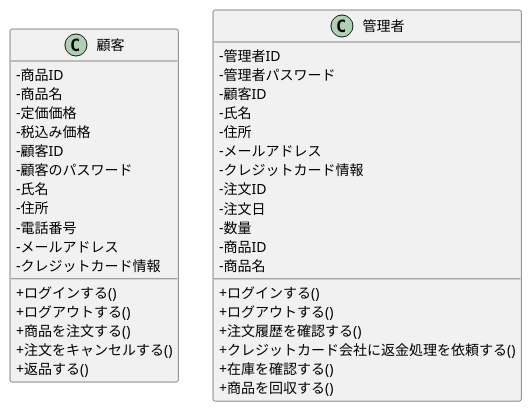
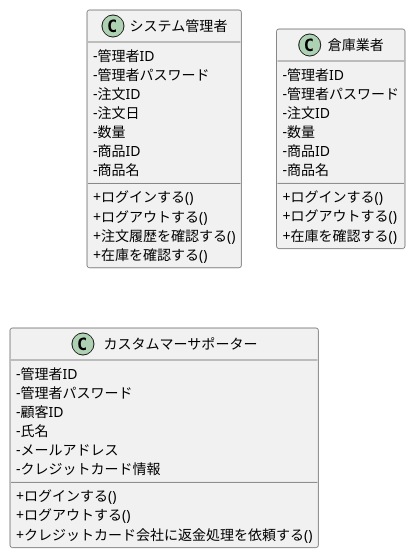
Before and after one commit to ko246/ohara_uml: the diagram in group/3-3_総合演習1_BBショップ注文管理システム/クラス図/class.pu, drawn with PlantUML. The commit also changed 1 other file, not shown here.

Commit message:
クラス図少し

```diff
--- a/group/3-3_総合演習1_BBショップ注文管理システム/クラス図/class.pu
+++ b/group/3-3_総合演習1_BBショップ注文管理システム/クラス図/class.pu
@@ -1,51 +1,53 @@
 @startuml BBショップシステム_クラス図
 
 skinparam classAttributeIconSize 0
-class 顧客 {
-    '属性
-    -商品ID
-    -商品名
-    -定価価格
-    -税込み価格
-    -顧客ID
-    -顧客のパスワード
-    -氏名
-    -住所
-    -電話番号
-    -メールアドレス
-    -クレジットカード情報
-
-    '操作
-    +ログインする()
-    +ログアウトする()
-    +商品を注文する()
-    +注文をキャンセルする()
-    +返品する()
-}
-
-skinparam classAttributeIconSize 0
-class 管理者 {
+class システム管理者 {
     '属性
     -管理者ID
     -管理者パスワード
-    -顧客ID
-    -氏名
-    -住所
-    -メールアドレス
-    -クレジットカード情報
     -注文ID
     -注文日
     -数量
     -商品ID
     -商品名
 
     '操作
     +ログインする()
     +ログアウトする()
     +注文履歴を確認する()
+    +在庫を確認する()
+}
+
+skinparam classAttributeIconSize 0
+class 倉庫業者 {
+    '属性
+    -管理者ID
+    -管理者パスワード
+    -注文ID
+    -数量
+    -商品ID
+    -商品名
+
+    '操作
+    +ログインする()
+    +ログアウトする()
+    +在庫を確認する()
+}
+
+skinparam classAttributeIconSize 0
+class カスタムマーサポーター {
+    '属性
+    -管理者ID
+    -管理者パスワード
+    -顧客ID
+    -氏名
+    -メールアドレス
+    -クレジットカード情報
+
+    '操作
+    +ログインする()
+    +ログアウトする()
     +クレジットカード会社に返金処理を依頼する()
-    +在庫を確認する()
-    +商品を回収する()
 }
 
 @enduml
```
